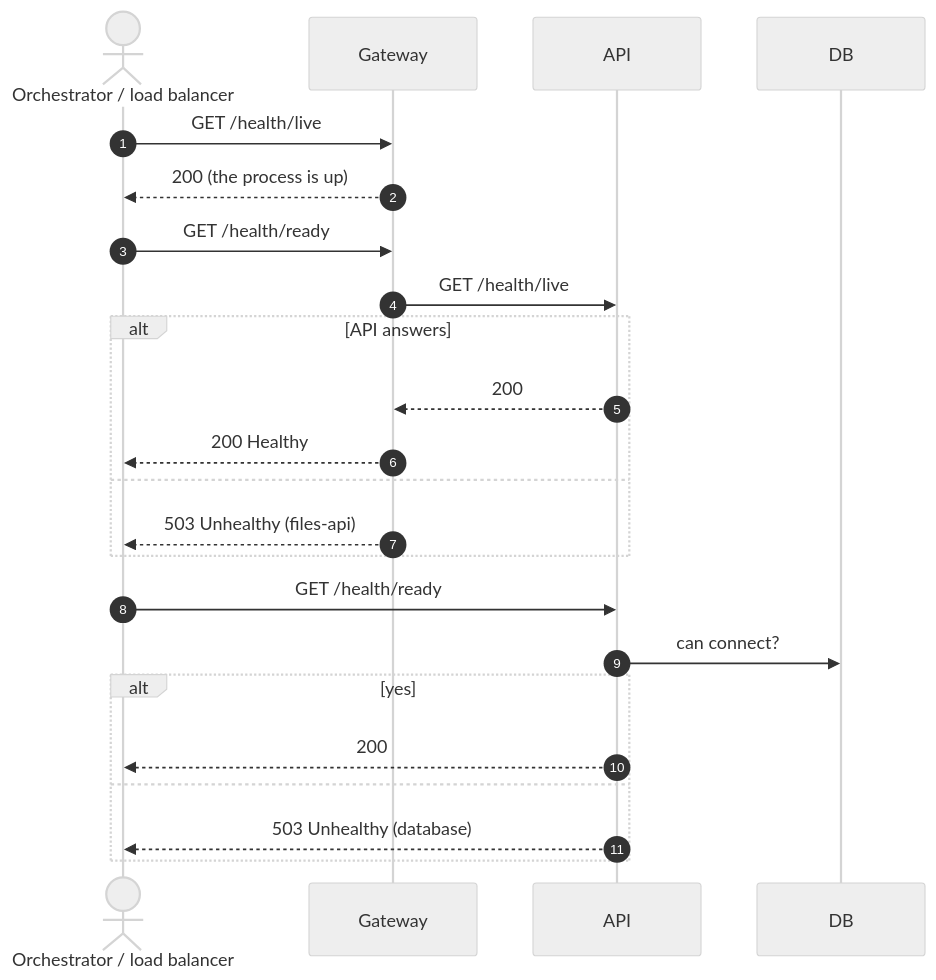
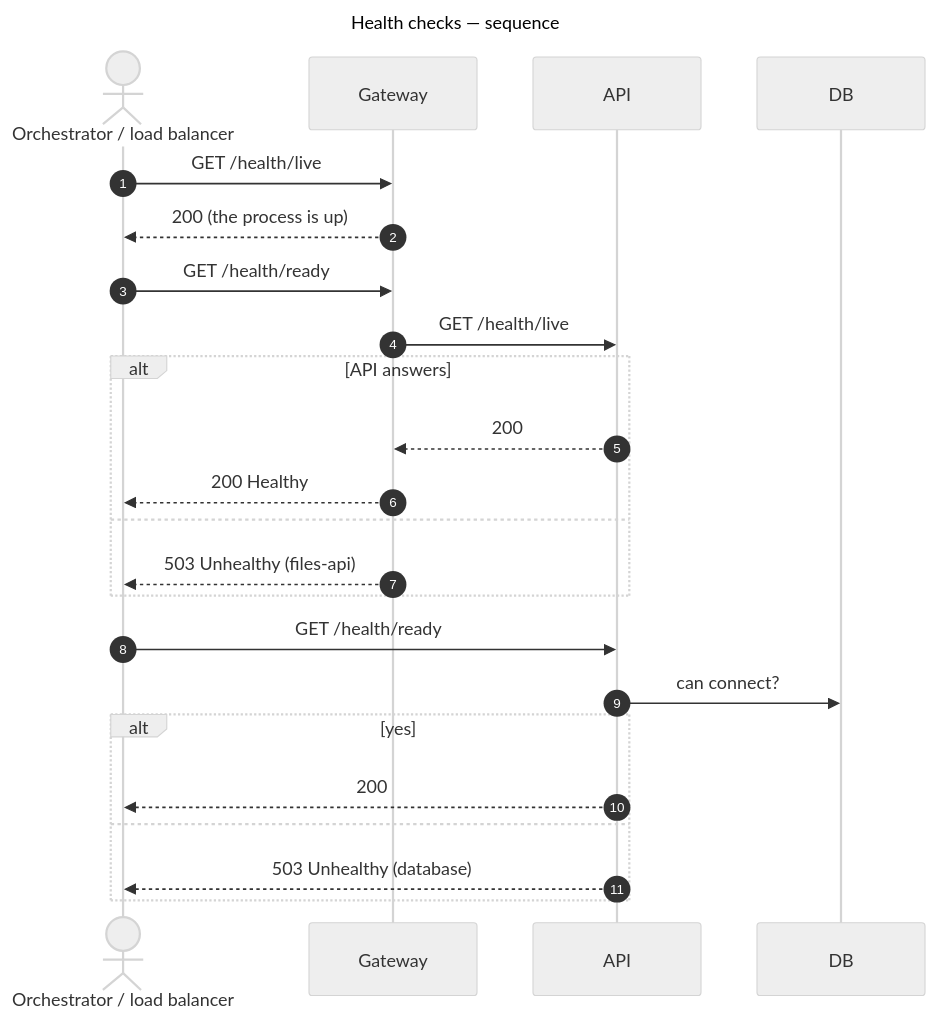
Diagram 13 of 14 in docs/sequence-diagrams.md (gmetskhvarishvili/GM.FileStorage.Samples), drawn with Mermaid (neutral theme) before and after one commit. The commit also changed other lines of this file and 7 other files, not shown here.

First line of the commit message:
docs: name every diagram "subject — kind" and index them

````diff
--- a/docs/sequence-diagrams.md
+++ b/docs/sequence-diagrams.md
@@ -401,28 +435,31 @@
 ```mermaid
+---
+title: Health checks — sequence
+---
 sequenceDiagram
     autonumber
     actor O as Orchestrator / load balancer
     participant G as Gateway
     participant API
     participant DB
 
     O->>G: GET /health/live
     G-->>O: 200 (the process is up)
 
     O->>G: GET /health/ready
     G->>API: GET /health/live
     alt API answers
         API-->>G: 200
         G-->>O: 200 Healthy
     else
         G-->>O: 503 Unhealthy (files-api)
     end
 
     O->>API: GET /health/ready
     API->>DB: can connect?
     alt yes
         API-->>O: 200
     else
         API-->>O: 503 Unhealthy (database)
     end
 ```
````
